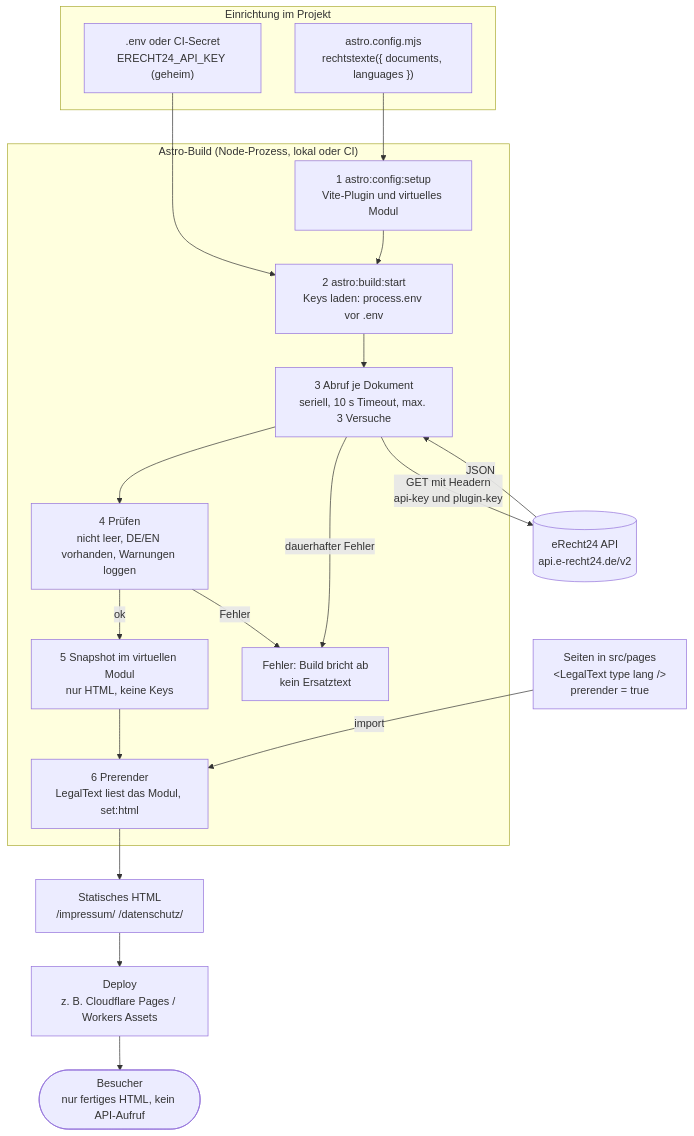
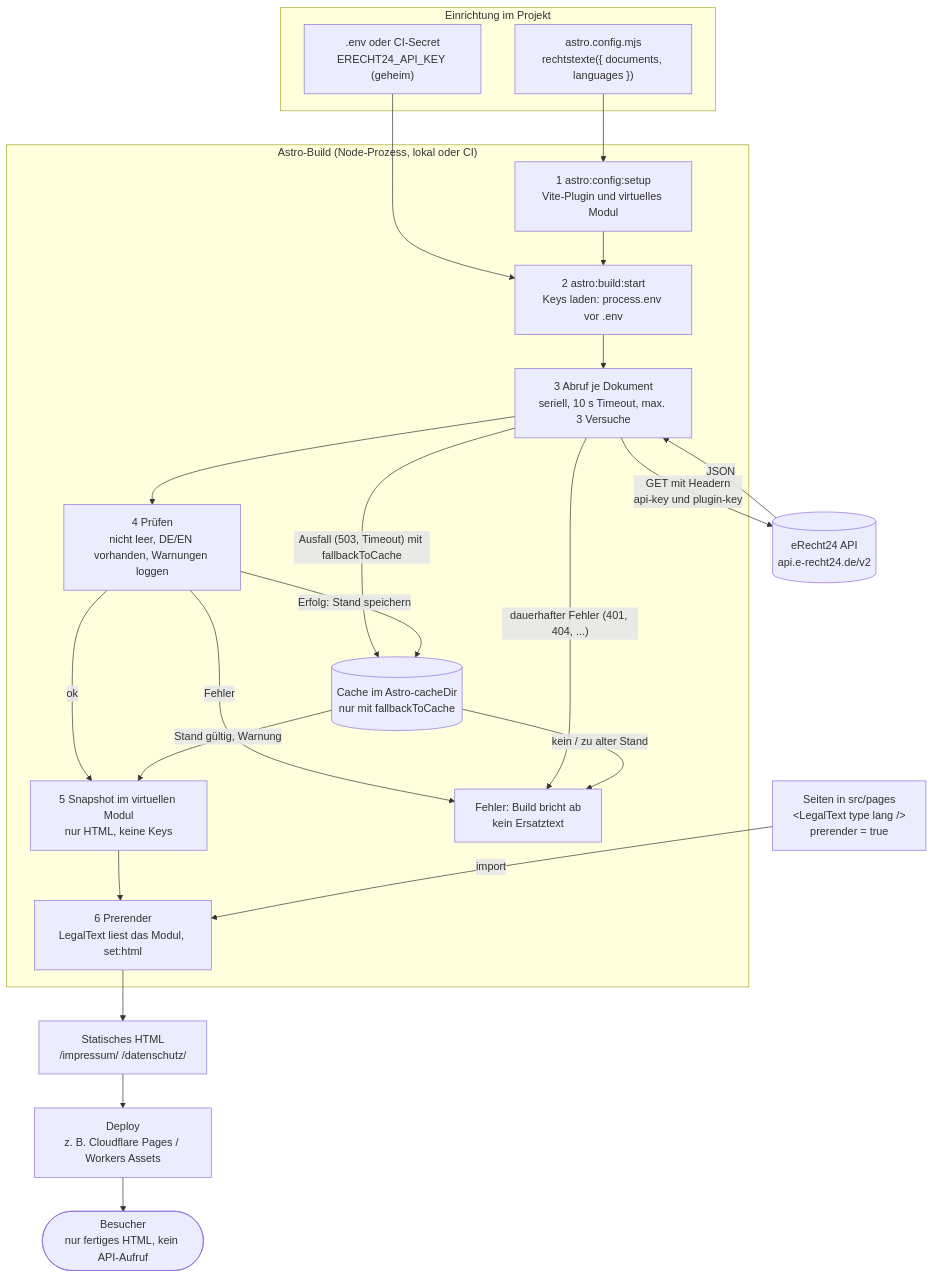
The first of 2 diagrams in docs/ablauf.md (Flokani-Digital/erecht24-astro), drawn with Mermaid before and after one commit. The commit also changed other lines of this file and 4 other files, not shown here.

Commit message:
📝 Doku, Diagramm und Changelog für fallbackToCache

````diff
--- a/docs/ablauf.md
+++ b/docs/ablauf.md
@@ -7,35 +7,40 @@
 ```mermaid
 flowchart TB
     subgraph setup["Einrichtung im Projekt"]
         cfg["astro.config.mjs<br/>rechtstexte({ documents, languages })"]
         env[".env oder CI-Secret<br/>ERECHT24_API_KEY (geheim)"]
     end
 
     subgraph build["Astro-Build (Node-Prozess, lokal oder CI)"]
         s1["1 astro:config:setup<br/>Vite-Plugin und virtuelles Modul"]
         s2["2 astro:build:start<br/>Keys laden: process.env vor .env"]
         s3["3 Abruf je Dokument<br/>seriell, 10 s Timeout, max. 3 Versuche"]
         s4["4 Prüfen<br/>nicht leer, DE/EN vorhanden, Warnungen loggen"]
         s5["5 Snapshot im virtuellen Modul<br/>nur HTML, keine Keys"]
         s6["6 Prerender<br/>LegalText liest das Modul, set:html"]
         fail["Fehler: Build bricht ab<br/>kein Ersatztext"]
+        cache[("Cache im Astro-cacheDir<br/>nur mit fallbackToCache")]
     end
 
     api[("eRecht24 API<br/>api.e-recht24.de/v2")]
     pages["Seiten in src/pages<br/>&lt;LegalText type lang /&gt;<br/>prerender = true"]
     html["Statisches HTML<br/>/impressum/ /datenschutz/"]
     deploy["Deploy<br/>z. B. Cloudflare Pages / Workers Assets"]
     visitor(["Besucher<br/>nur fertiges HTML, kein API-Aufruf"])
 
     cfg --> s1
     env --> s2
     s1 --> s2 --> s3
     s3 -- "GET mit Headern<br/>api-key und plugin-key" --> api
     api -- JSON --> s3
     s3 --> s4
     s4 -- ok --> s5 --> s6
     s4 -- Fehler --> fail
-    s3 -- "dauerhafter Fehler" --> fail
+    s3 -- "dauerhafter Fehler (401, 404, ...)" --> fail
+    s3 -- "Ausfall (503, Timeout) mit fallbackToCache" --> cache
+    cache -- "Stand gültig, Warnung" --> s5
+    cache -- "kein / zu alter Stand" --> fail
+    s4 -- "Erfolg: Stand speichern" --> cache
     pages -- import --> s6
     s6 --> html --> deploy --> visitor
 ```
````
